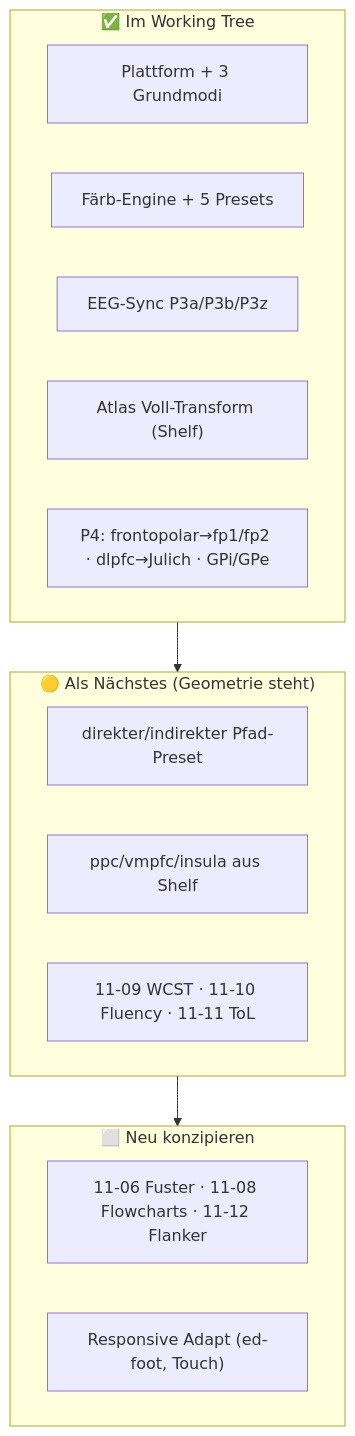
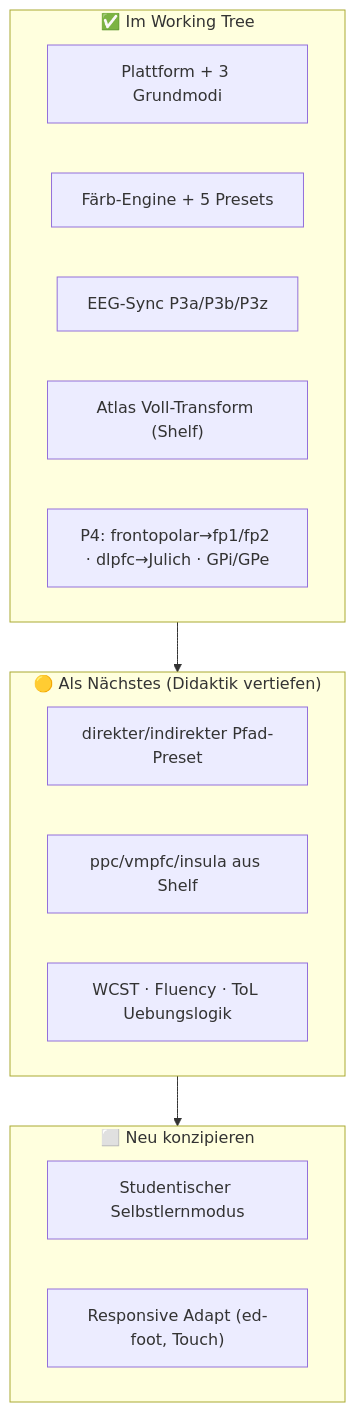
The fourth of 4 diagrams in docs/MASTERPLAN.md (marifl/Iflands-Neuro-Lernvergnuegen), drawn with Mermaid before and after one commit. The commit also changed other lines of this file and 33 other files, not shown here.

````diff
--- a/docs/MASTERPLAN.md
+++ b/docs/MASTERPLAN.md
@@ -290,23 +290,23 @@
 ```mermaid
 flowchart TB
     subgraph Done["✅ Im Working Tree"]
         D1["Plattform + 3 Grundmodi"]
         D2["Färb-Engine + 5 Presets"]
         D3["EEG-Sync P3a/P3b/P3z"]
         D4["Atlas Voll-Transform (Shelf)"]
         D5["P4: frontopolar→fp1/fp2 · dlpfc→Julich · GPi/GPe"]
     end
 
-    subgraph Next["🟡 Als Nächstes (Geometrie steht)"]
+    subgraph Next["🟡 Als Nächstes (Didaktik vertiefen)"]
         N1["direkter/indirekter Pfad-Preset"]
         N2["ppc/vmpfc/insula aus Shelf"]
-        N3["11-09 WCST · 11-10 Fluency · 11-11 ToL"]
+        N3["WCST · Fluency · ToL Uebungslogik"]
     end
 
     subgraph New["⬜ Neu konzipieren"]
-        F1["11-06 Fuster · 11-08 Flowcharts · 11-12 Flanker"]
+        F1["Studentischer Selbstlernmodus"]
         F2["Responsive Adapt (ed-foot, Touch)"]
     end
 
     Done --> Next --> New
 ```
````
